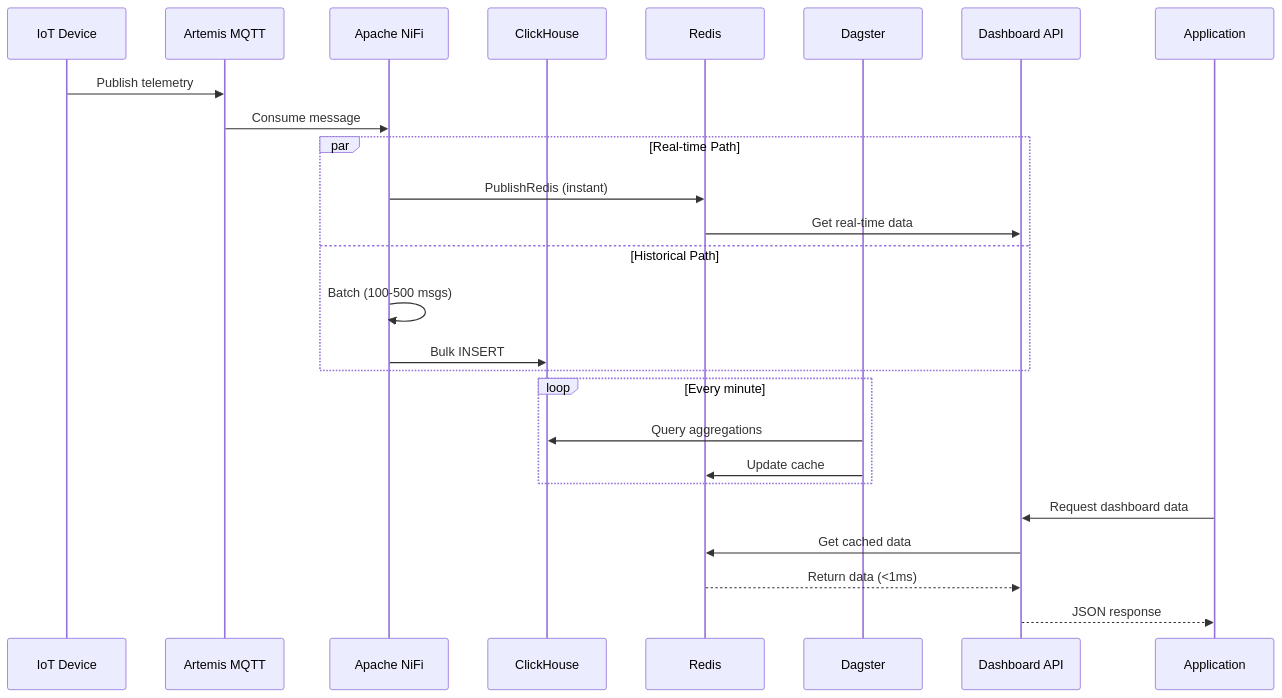
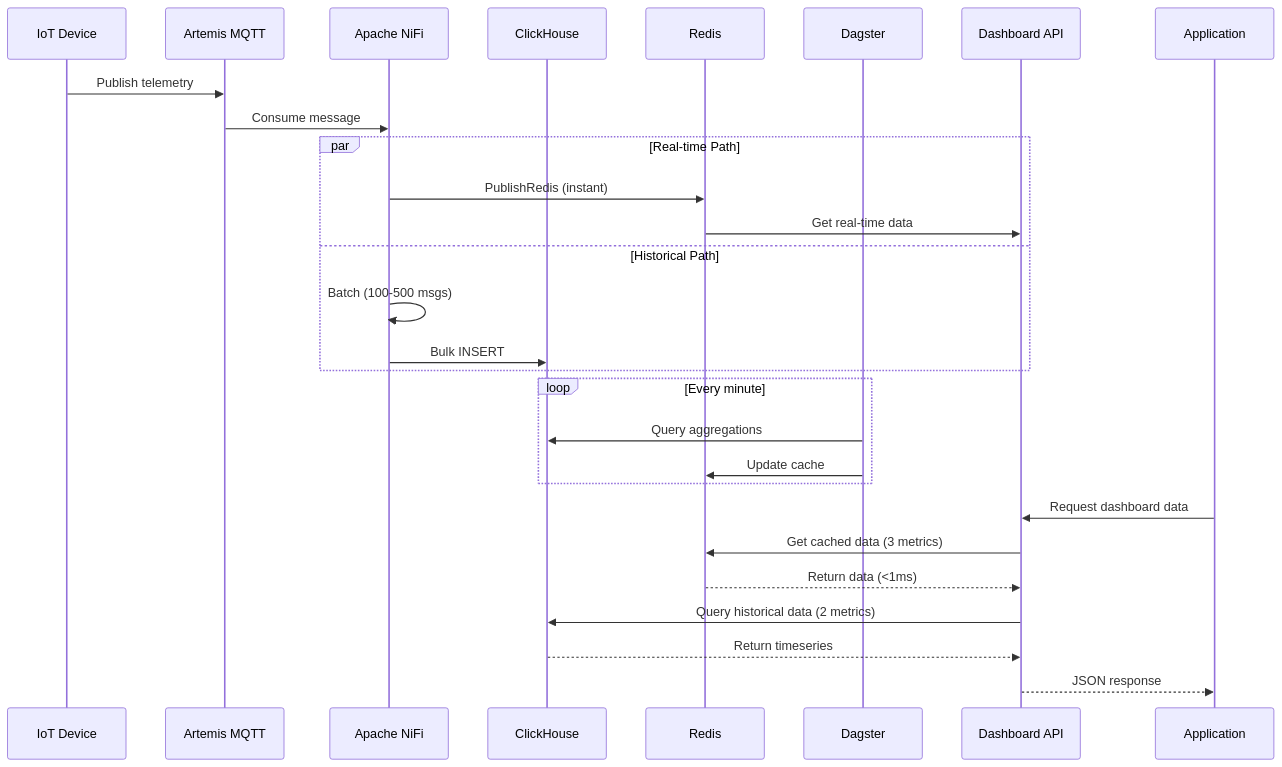
The third of 3 diagrams in docs/ARCHITECTURE.md (rammi-dev/mqtt-artemis), drawn with Mermaid before and after one commit. The commit also changed other lines of this file and 20 other files, not shown here.

````diff
--- a/docs/ARCHITECTURE.md
+++ b/docs/ARCHITECTURE.md
@@ -113,32 +145,34 @@
 ```mermaid
 sequenceDiagram
     participant IoT as IoT Device
     participant MQTT as Artemis MQTT
     participant NiFi as Apache NiFi
     participant CH as ClickHouse
     participant Redis as Redis
     participant Dagster as Dagster
     participant API as Dashboard API
     participant App as Application
 
     IoT->>MQTT: Publish telemetry
     MQTT->>NiFi: Consume message
     
     par Real-time Path
         NiFi->>Redis: PublishRedis (instant)
         Redis->>API: Get real-time data
     and Historical Path
         NiFi->>NiFi: Batch (100-500 msgs)
         NiFi->>CH: Bulk INSERT
     end
 
     loop Every minute
         Dagster->>CH: Query aggregations
         Dagster->>Redis: Update cache
     end
 
     App->>API: Request dashboard data
-    API->>Redis: Get cached data
+    API->>Redis: Get cached data (3 metrics)
     Redis-->>API: Return data (<1ms)
+    API->>CH: Query historical data (2 metrics)
+    CH-->>API: Return timeseries
     API-->>App: JSON response
 ```
````
